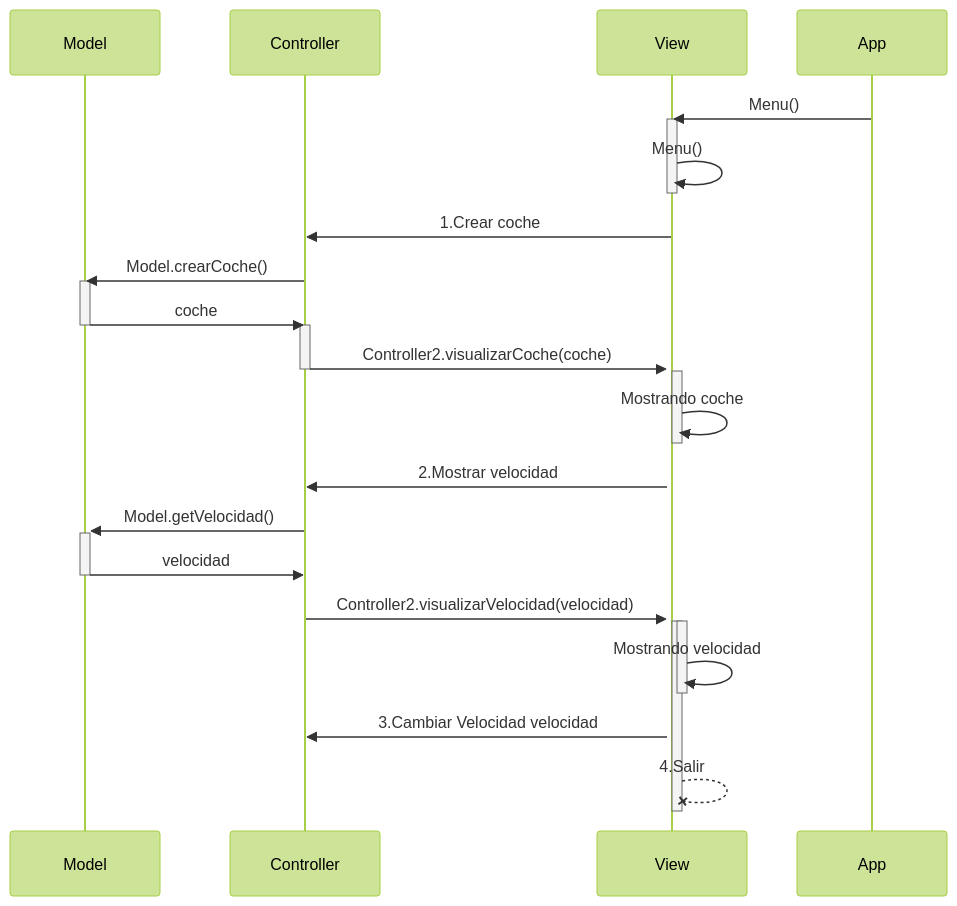
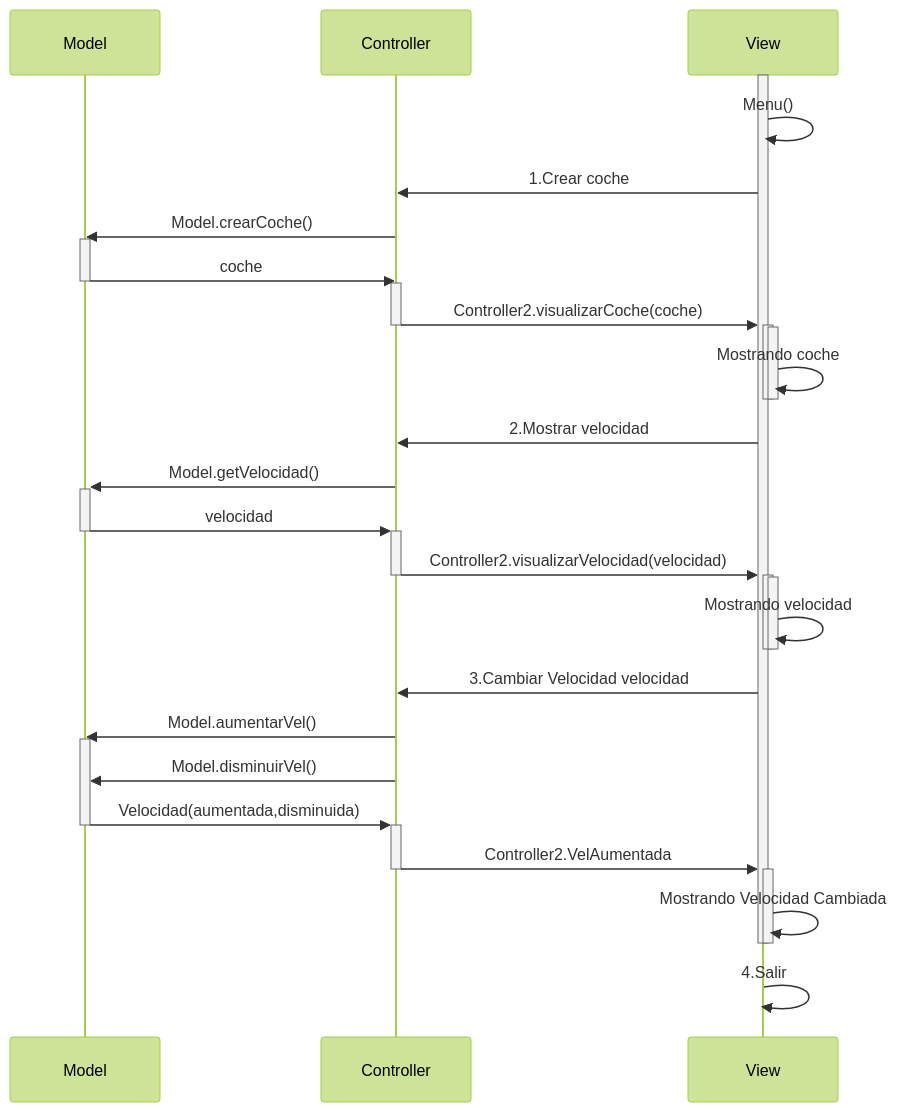
The diagram in Readme.md (Dimitri2004/Diagrama_Secuencia_COD), drawn with Mermaid (forest theme) before and after one commit.

Commit message:
MVC-Con diagrama de secuencia 1.2

````diff
--- a/Readme.md
+++ b/Readme.md
@@ -1,41 +1,53 @@
 ```mermaid
 sequenceDiagram 
     participant Model
     participant Controller
     participant View
 
 
-    App->>View: Menu()
+    
     activate View
-    View->>-View:Menu()
+    View->>View:Menu()
+    
     View->>Controller:1.Crear coche
 
     Controller->>Model: Model.crearCoche()
     activate Model
     Model->>Controller: coche
     deactivate Model
     activate Controller
     Controller->>+View: Controller2.visualizarCoche(coche)
     deactivate Controller
     activate View
     View->>View:Mostrando coche
- 
-    
+    deactivate View
     deactivate View
     View->>Controller:2.Mostrar velocidad
     Controller->>+Model: Model.getVelocidad()
-    Model->>Controller:velocidad
+    Model->>+Controller:velocidad
     deactivate Model
     Controller->>+View: Controller2.visualizarVelocidad(velocidad)
+    deactivate Controller
     activate View
     View->>-View: Mostrando velocidad
+    deactivate View
     View->>Controller:3.Cambiar Velocidad velocidad
-    View--xView:4.Salir
+  
+    Controller->>Model:Model.aumentarVel()
+    activate Model
+    Controller->>Model:Model.disminuirVel()
+    Model->>+Controller:Velocidad(aumentada,disminuida)
+    deactivate Model
+    Controller->>+View:Controller2.VelAumentada
+    deactivate Controller
+    View->>View:Mostrando Velocidad Cambiada
     deactivate View
-    
+    deactivate View
+    View->>View:4.Salir
+   
 
     
     
     
 
 ```
````
